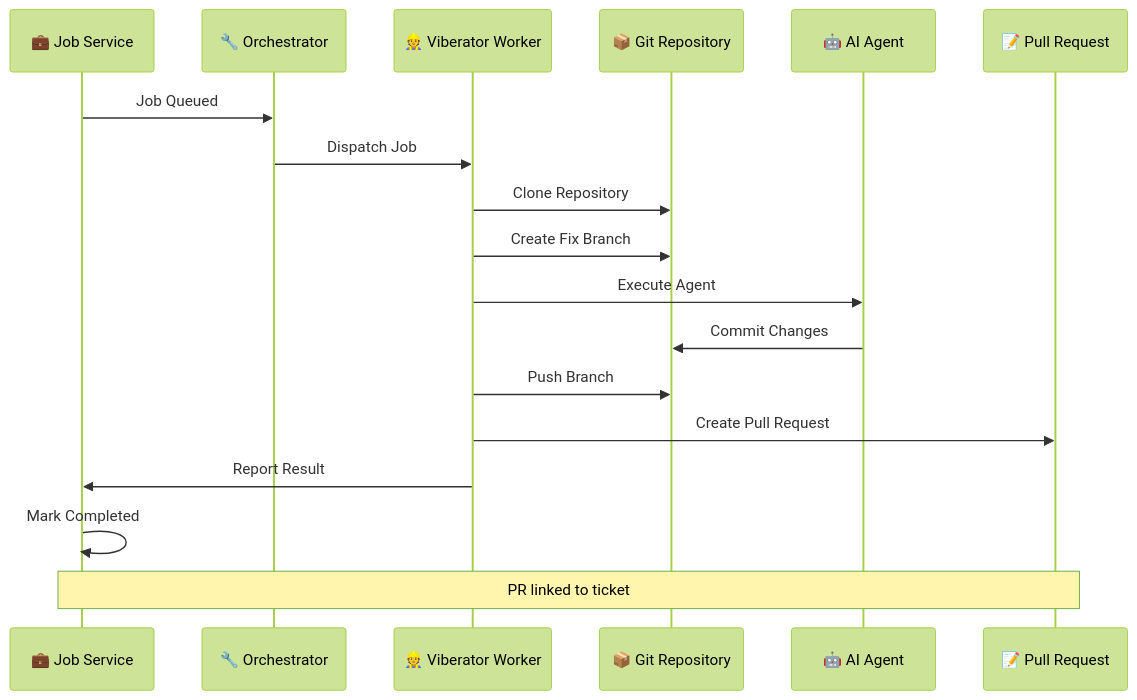
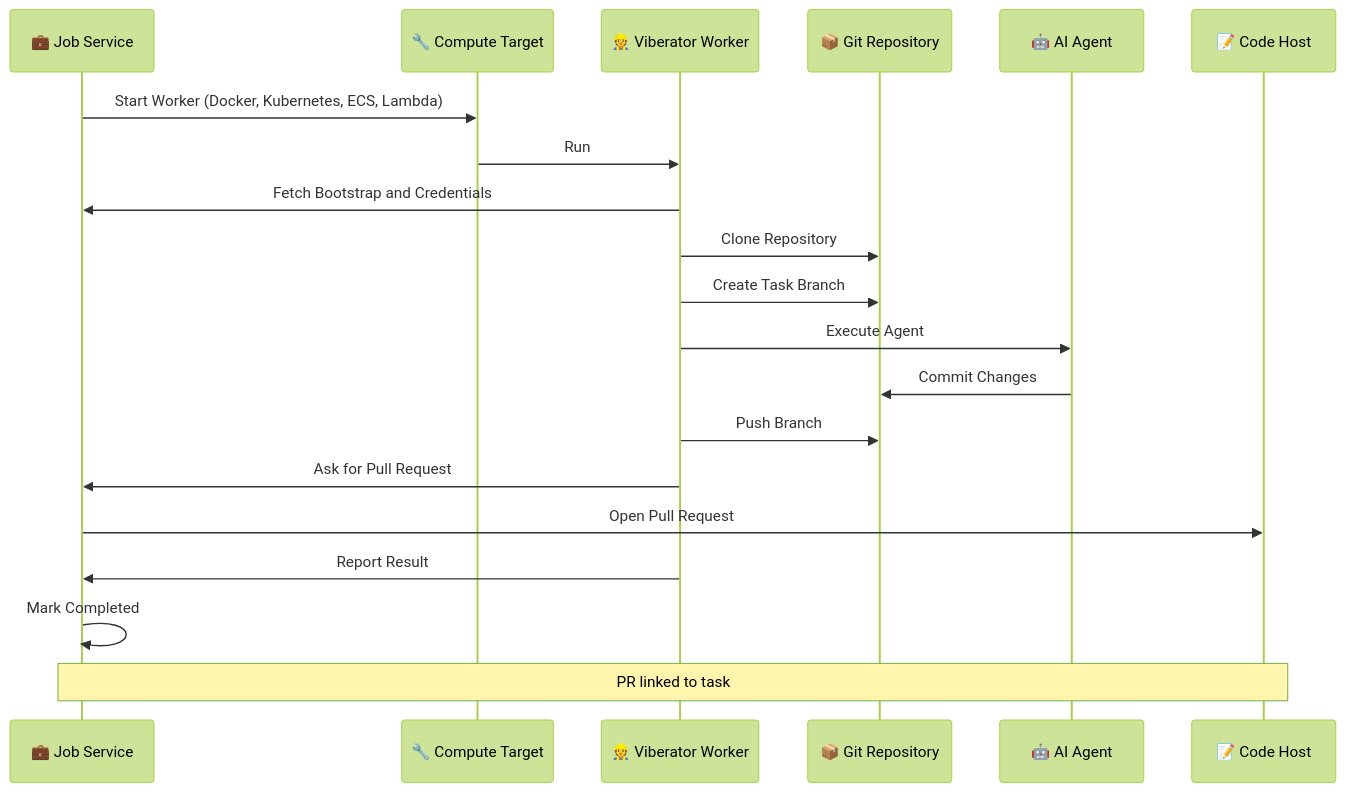
The third of 5 diagrams in docs/ARCHITECTURE.md (Ilities/viberglass), drawn with Mermaid (forest theme) before and after one commit. The commit also changed other lines of this file and 182 other files, not shown here.

````diff
--- a/docs/ARCHITECTURE.md
+++ b/docs/ARCHITECTURE.md
@@ -227,22 +257,24 @@
 ```mermaid
 sequenceDiagram
     participant Job as 💼 Job Service
-    participant Orch as 🔧 Orchestrator
+    participant Compute as 🔧 Compute Target
     participant Worker as 👷 Viberator Worker
     participant Git as 📦 Git Repository
     participant AI as 🤖 AI Agent
-    participant PR as 📝 Pull Request
+    participant PR as 📝 Code Host
     
-    Job->>Orch: Job Queued
-    Orch->>Worker: Dispatch Job
+    Job->>Compute: Start Worker (Docker, Kubernetes, ECS, Lambda)
+    Compute->>Worker: Run
+    Worker->>Job: Fetch Bootstrap and Credentials
     Worker->>Git: Clone Repository
-    Worker->>Git: Create Fix Branch
+    Worker->>Git: Create Task Branch
     Worker->>AI: Execute Agent
     AI->>Git: Commit Changes
     Worker->>Git: Push Branch
-    Worker->>PR: Create Pull Request
+    Worker->>Job: Ask for Pull Request
+    Job->>PR: Open Pull Request
     Worker->>Job: Report Result
     Job->>Job: Mark Completed
     
-    Note over Job,PR: PR linked to ticket
+    Note over Job,PR: PR linked to task
 ```
````
